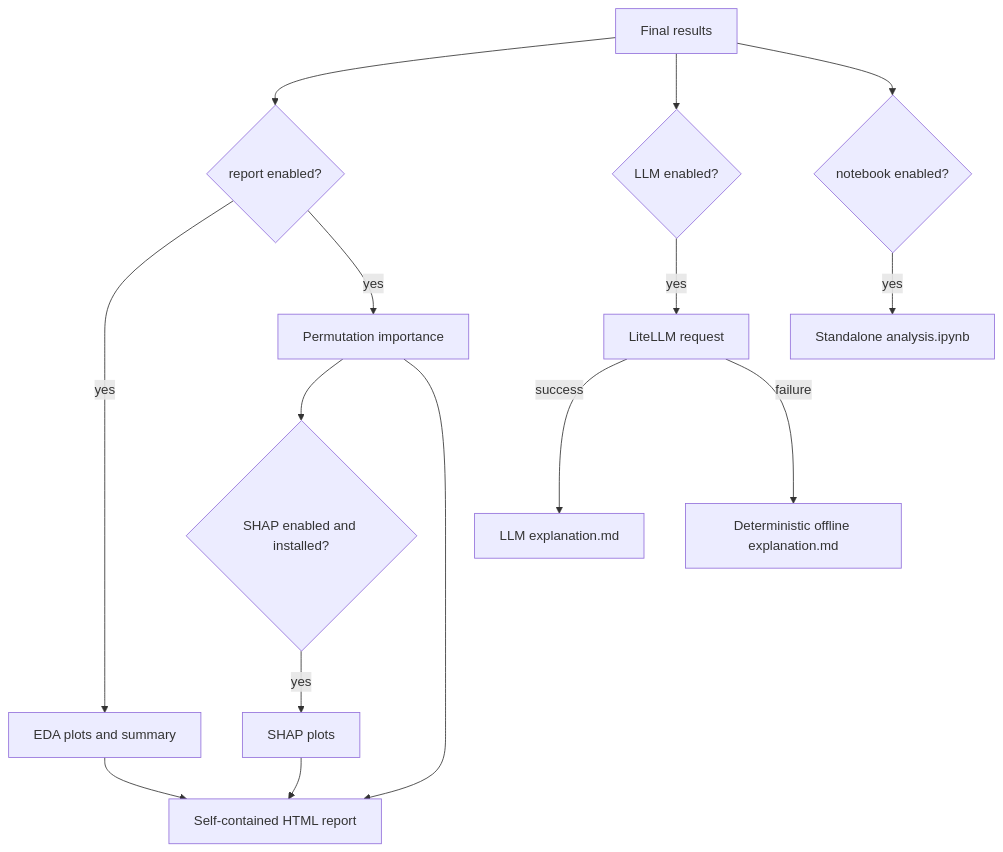
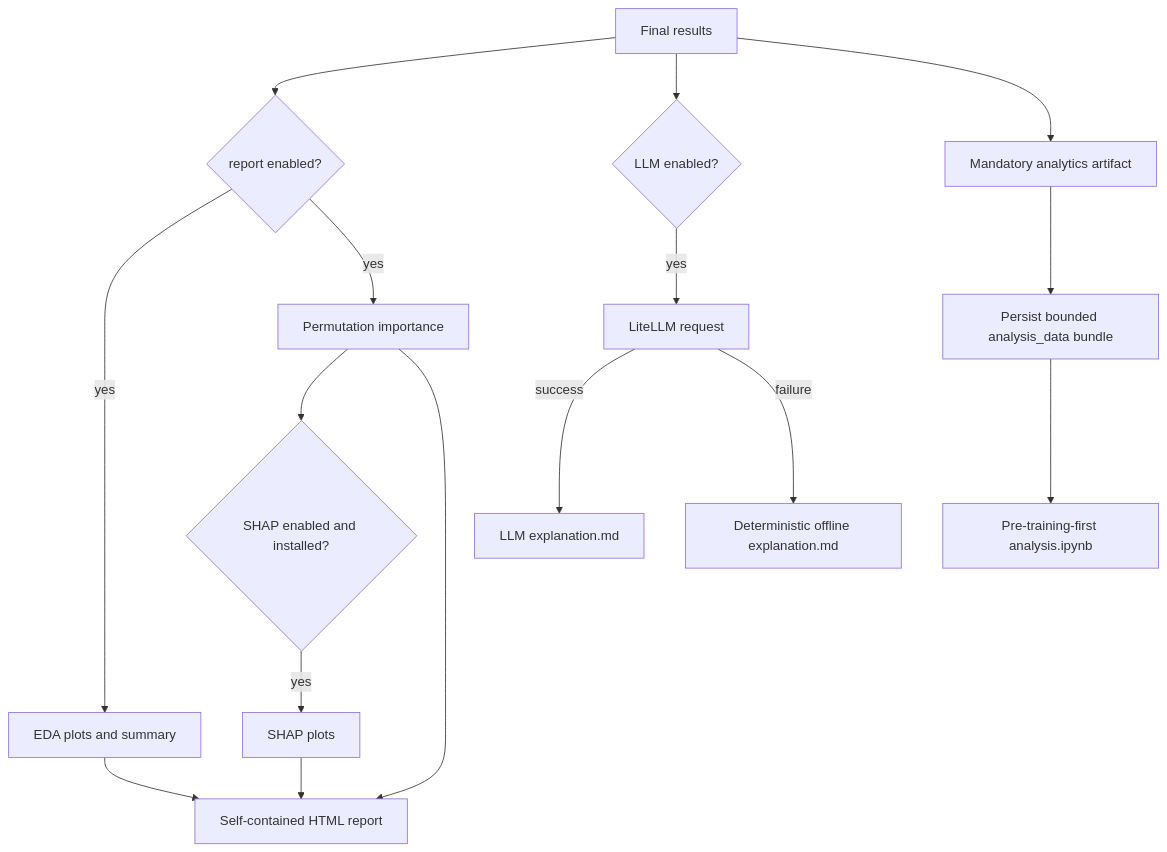
One commit to dineshmc1/AutoNexus changed diagram 17 of 20 in understanding.md. Above: the diagram before and after it, drawn with Mermaid. The commit also changed other lines of this file and 27 other files, not shown here.

````diff
--- a/understanding.md
+++ b/understanding.md
@@ -421,17 +457,18 @@
 ```mermaid
 flowchart TD
     A[Final results] --> B{report enabled?}
     B -->|yes| C[EDA plots and summary]
     B -->|yes| D[Permutation importance]
     D --> E{SHAP enabled and installed?}
     E -->|yes| F[SHAP plots]
     C --> G[Self-contained HTML report]
     D --> G
     F --> G
     A --> H{LLM enabled?}
     H -->|yes| I[LiteLLM request]
     I -->|success| J[LLM explanation.md]
     I -->|failure| K[Deterministic offline explanation.md]
-    A --> L{notebook enabled?}
-    L -->|yes| M[Standalone analysis.ipynb]
+    A --> L[Mandatory analytics artifact]
+    L --> M[Persist bounded analysis_data bundle]
+    M --> N[Pre-training-first analysis.ipynb]
 ```
````
